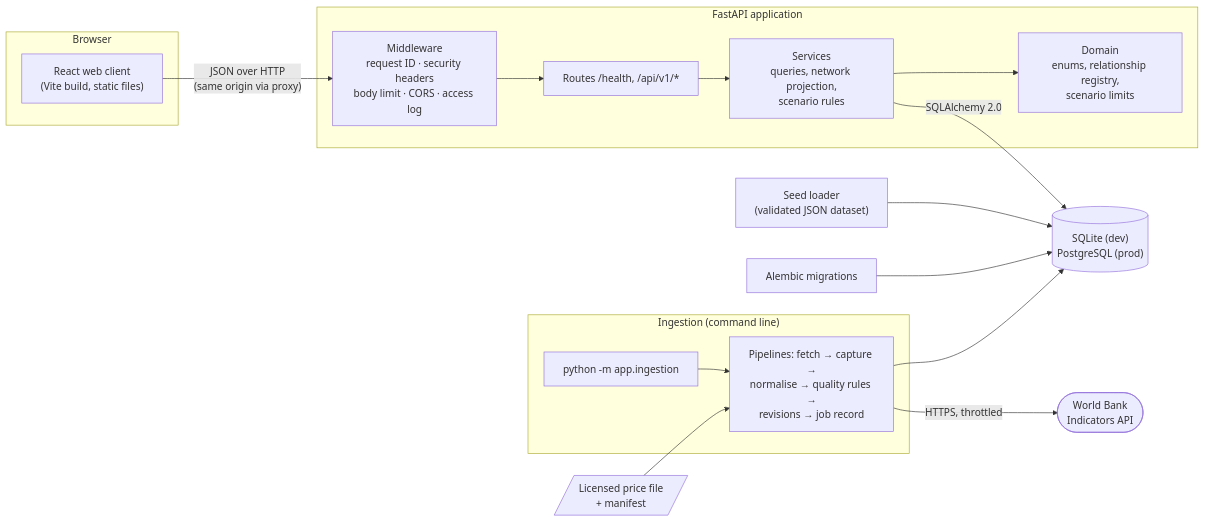
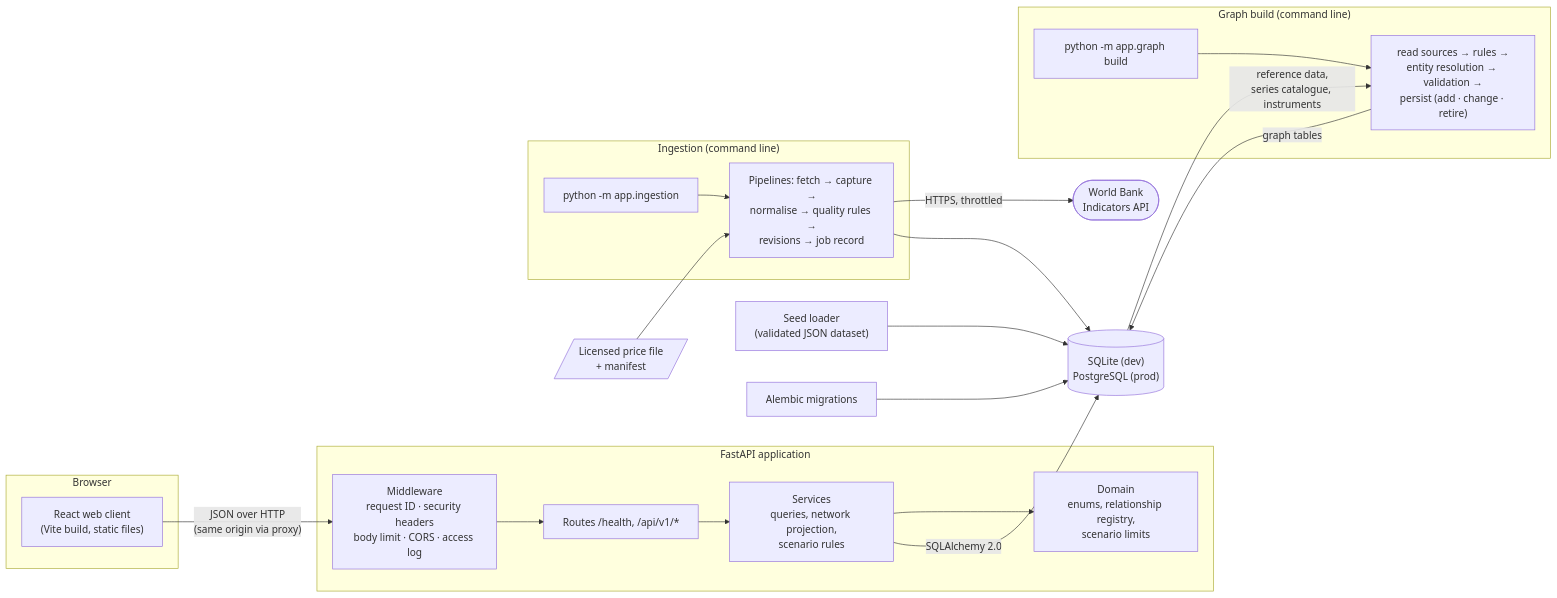
Before and after one commit to jnanottamgy/Rumin-: the diagram in docs/architecture.md, drawn with Mermaid. The commit also changed other lines of this file and 27 other files, not shown here.

````diff
--- a/docs/architecture.md
+++ b/docs/architecture.md
@@ -10,31 +12,38 @@
 ```mermaid
 flowchart LR
     subgraph Browser
         UI["React web client<br/>(Vite build, static files)"]
     end
     subgraph API["FastAPI application"]
         MW["Middleware<br/>request ID · security headers<br/>body limit · CORS · access log"]
         R["Routes /health, /api/v1/*"]
         S["Services<br/>queries, network projection,<br/>scenario rules"]
         D["Domain<br/>enums, relationship registry,<br/>scenario limits"]
     end
     DB[("SQLite (dev)<br/>PostgreSQL (prod)")]
     SEED["Seed loader<br/>(validated JSON dataset)"]
     MIG["Alembic migrations"]
     subgraph ING["Ingestion (command line)"]
         CLI["python -m app.ingestion"]
         PIPE["Pipelines: fetch → capture →<br/>normalise → quality rules →<br/>revisions → job record"]
     end
+    subgraph GB["Graph build (command line)"]
+        GCLI["python -m app.graph build"]
+        GPIPE["read sources → rules →<br/>entity resolution → validation →<br/>persist (add · change · retire)"]
+    end
     WB(["World Bank<br/>Indicators API"])
     CSV[/"Licensed price file<br/>+ manifest"/]
 
     UI -- "JSON over HTTP<br/>(same origin via proxy)" --> MW --> R --> S
     S --> D
     S -- "SQLAlchemy 2.0" --> DB
     SEED --> DB
     MIG --> DB
     CLI --> PIPE
     PIPE -- "HTTPS, throttled" --> WB
     CSV --> PIPE
     PIPE --> DB
+    GCLI --> GPIPE
+    DB -- "reference data,<br/>series catalogue, instruments" --> GPIPE
+    GPIPE -- "graph tables" --> DB
 ```
````
